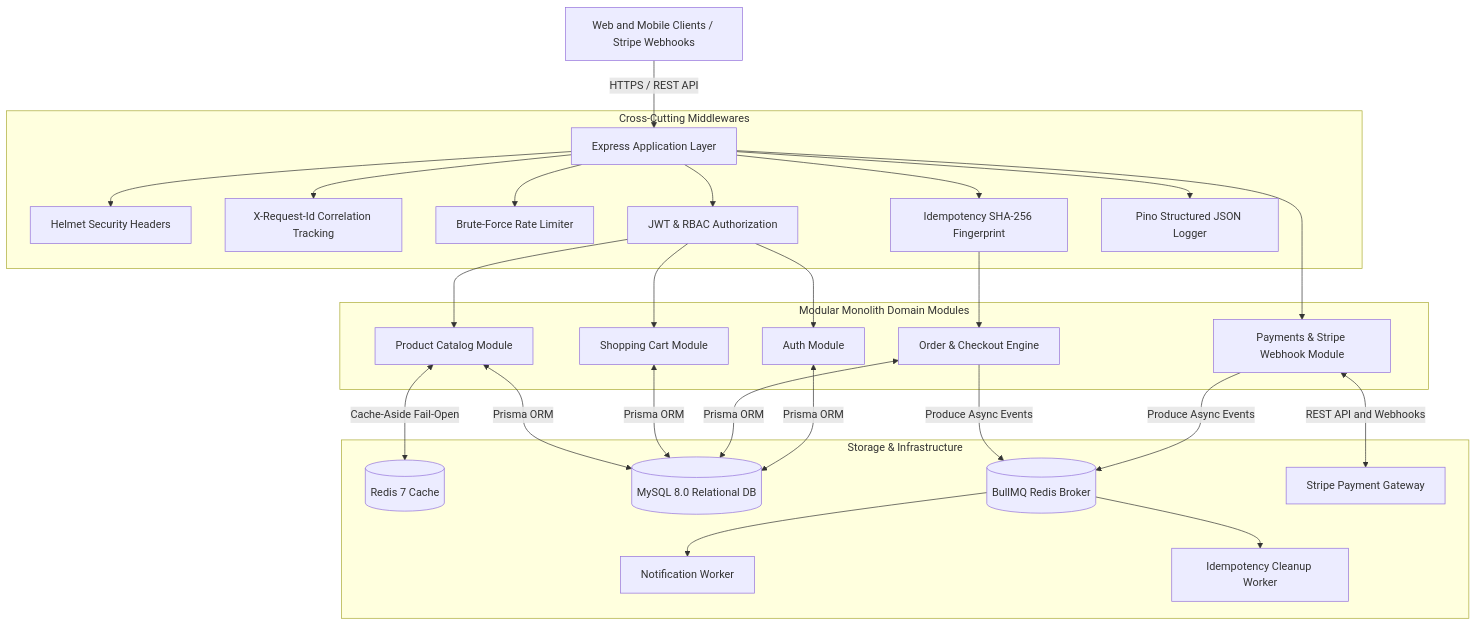
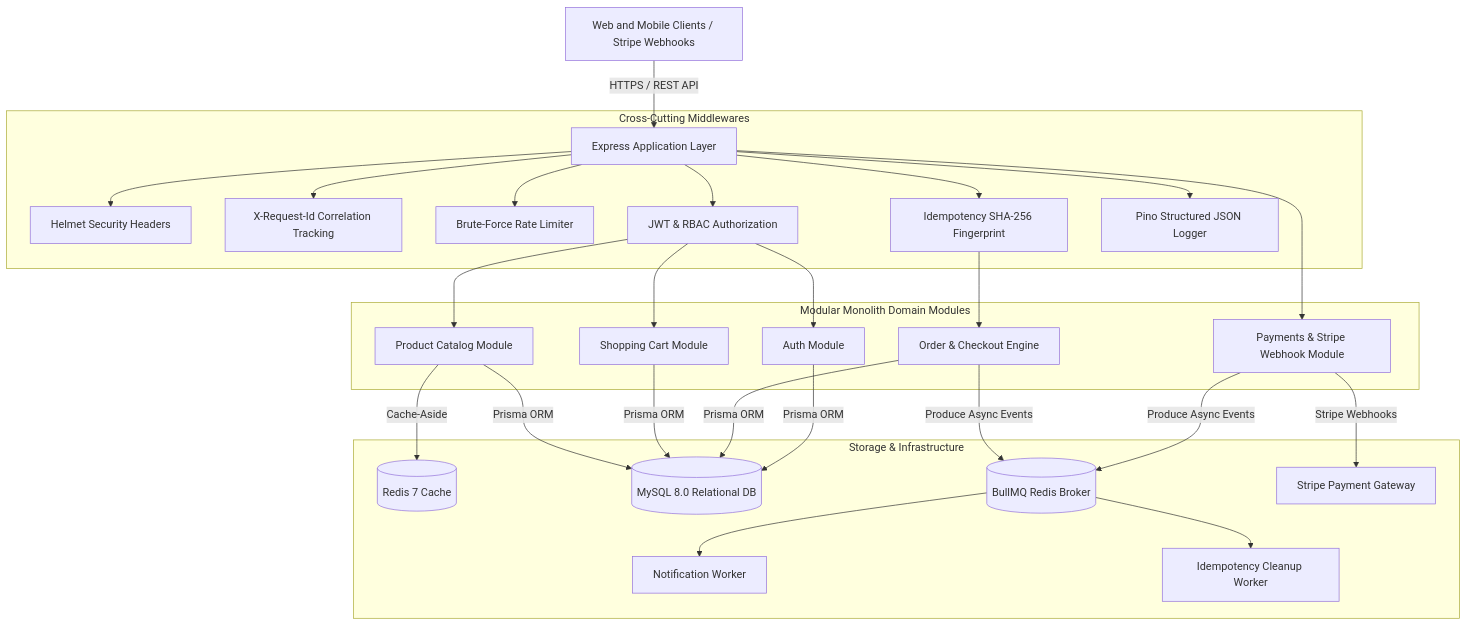
The first of 2 diagrams in README.md (simran846/OrderFlow), drawn with Mermaid before and after one commit. The commit also changed other lines of this file, not shown here.

Commit message:
fix(docs): eliminate all bidirectional arrow labels and comments in Mermaid diagrams

````diff
--- a/README.md
+++ b/README.md
@@ -21,34 +21,34 @@
 ```mermaid
-graph TD
+flowchart TD
     Client["Web and Mobile Clients / Stripe Webhooks"] -->|"HTTPS / REST API"| Gateway["Express Application Layer"]
 
     subgraph Middlewares ["Cross-Cutting Middlewares"]
         Gateway --> MW_Sec["Helmet Security Headers"]
         Gateway --> MW_Corr["X-Request-Id Correlation Tracking"]
         Gateway --> MW_Rate["Brute-Force Rate Limiter"]
         Gateway --> MW_Auth["JWT & RBAC Authorization"]
         Gateway --> MW_Idemp["Idempotency SHA-256 Fingerprint"]
         Gateway --> MW_Pino["Pino Structured JSON Logger"]
     end
 
     subgraph Modules ["Modular Monolith Domain Modules"]
         MW_Auth --> Mod_Auth["Auth Module"]
         MW_Auth --> Mod_Prod["Product Catalog Module"]
         MW_Auth --> Mod_Cart["Shopping Cart Module"]
         MW_Idemp --> Mod_Order["Order & Checkout Engine"]
         Gateway --> Mod_Pay["Payments & Stripe Webhook Module"]
     end
 
     subgraph Infrastructure ["Storage & Infrastructure"]
-        Mod_Prod <-->|"Cache-Aside Fail-Open"| Redis_Cache[("Redis 7 Cache")]
-        Mod_Prod <-->|"Prisma ORM"| MySQL_DB[("MySQL 8.0 Relational DB")]
-        Mod_Cart <-->|"Prisma ORM"| MySQL_DB
-        Mod_Order <-->|"Prisma ORM"| MySQL_DB
-        Mod_Auth <-->|"Prisma ORM"| MySQL_DB
+        Mod_Prod -->|"Cache-Aside"| Redis_Cache[("Redis 7 Cache")]
+        Mod_Prod -->|"Prisma ORM"| MySQL_DB[("MySQL 8.0 Relational DB")]
+        Mod_Cart -->|"Prisma ORM"| MySQL_DB
+        Mod_Order -->|"Prisma ORM"| MySQL_DB
+        Mod_Auth -->|"Prisma ORM"| MySQL_DB
         Mod_Order -->|"Produce Async Events"| Redis_Queue[("BullMQ Redis Broker")]
         Mod_Pay -->|"Produce Async Events"| Redis_Queue
         Redis_Queue --> Worker_Notif["Notification Worker"]
         Redis_Queue --> Worker_Maint["Idempotency Cleanup Worker"]
-        Mod_Pay <-->|"REST API and Webhooks"| Stripe_API["Stripe Payment Gateway"]
+        Mod_Pay -->|"Stripe Webhooks"| Stripe_API["Stripe Payment Gateway"]
     end
 ```
````
